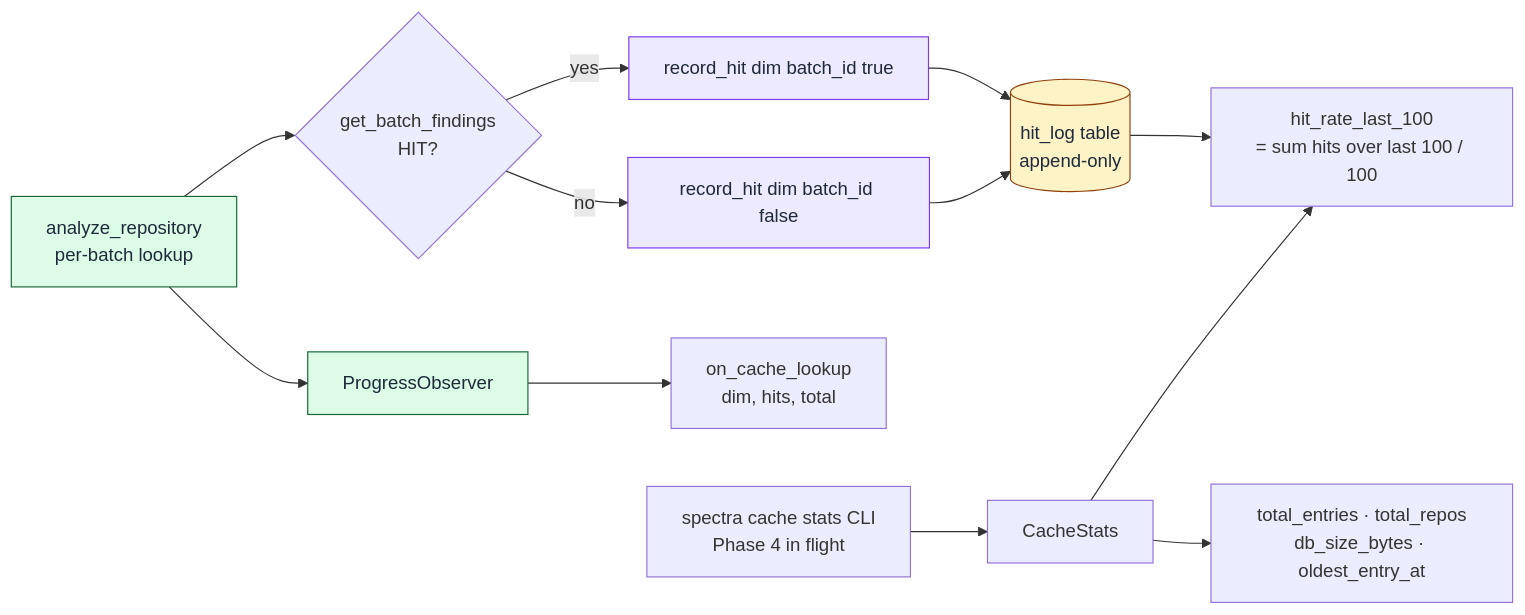
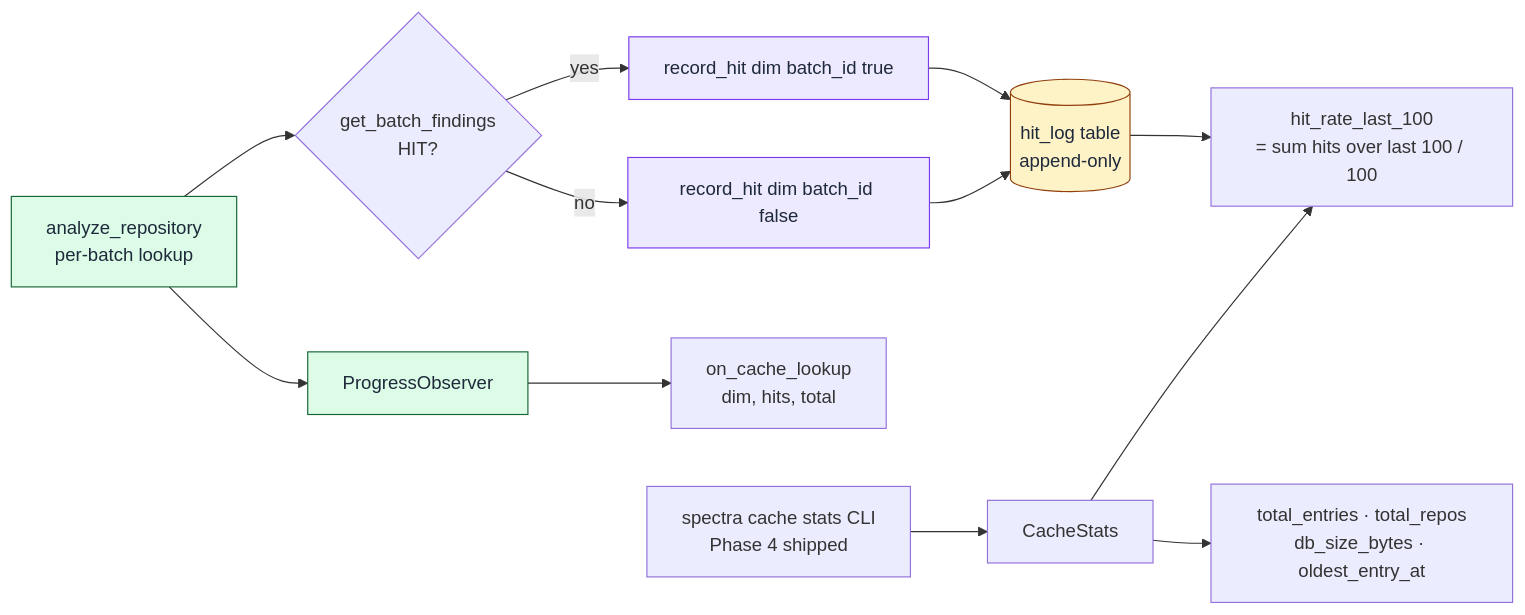
Before and after one commit to leocder07/spectra: the fourth of 4 diagrams in docs/diagrams/cache-architecture.md, drawn with Mermaid. The commit also changed other lines of this file and 5 other files, not shown here.

First line of the commit message:
docs: promote Phase 4 references from 'in flight' to 'shipped' (PR #19)

````diff
--- a/docs/diagrams/cache-architecture.md
+++ b/docs/diagrams/cache-architecture.md
@@ -155,20 +155,20 @@
 ```mermaid
 flowchart LR
     classDef phase fill:#dcfce7,stroke:#166534,color:#1e293b
     classDef table fill:#fef3c7,stroke:#92400e,color:#1e293b
     classDef api fill:#ede9fe,stroke:#7C3AED,color:#1e293b
 
     A[analyze_repository<br/>per-batch lookup]:::phase --> B{get_batch_findings<br/>HIT?}
     B -- "yes" --> C[record_hit dim batch_id true]:::api
     B -- "no" --> D[record_hit dim batch_id false]:::api
     C --> E[(hit_log table<br/>append-only)]:::table
     D --> E
     F[ProgressObserver]:::phase --> G[on_cache_lookup<br/>dim, hits, total]
     A --> F
 
     H[CacheStats] --> I[hit_rate_last_100<br/>= sum hits over last 100 / 100]
     E --> I
     H --> J[total_entries · total_repos<br/>db_size_bytes · oldest_entry_at]
 
-    K[spectra cache stats CLI<br/>Phase 4 in flight] --> H
+    K[spectra cache stats CLI<br/>Phase 4 shipped] --> H
 ```
````
